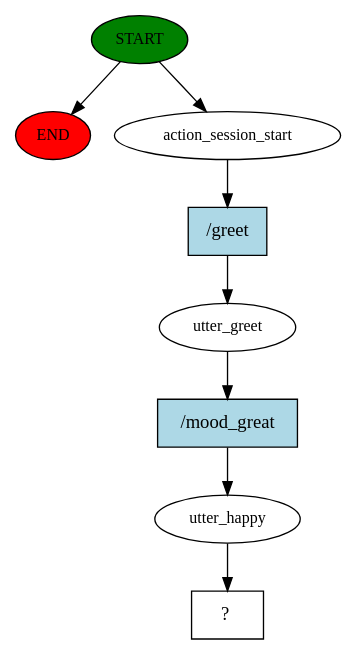
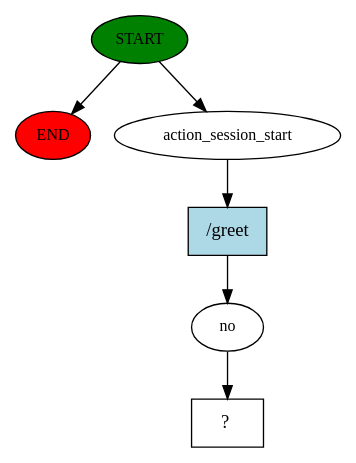
The diagram in hotel_bot/story_graph.dot (kwameseth/chatbot-hotel), drawn with Graphviz before and after one commit. The commit also changed 105 other files, not shown here.

```diff
--- a/hotel_bot/story_graph.dot
+++ b/hotel_bot/story_graph.dot
@@ -1,17 +1,13 @@
 digraph  {
 0 [class="start active", fillcolor=green, fontsize=12, label=START, style=filled];
 "-1" [class=end, fillcolor=red, fontsize=12, label=END, style=filled];
 1 [class=active, fontsize=12, label=action_session_start];
-2 [class=active, fontsize=12, label=utter_greet];
-3 [class=active, fontsize=12, label=utter_happy];
-4 [class="intent dashed active", label="  ?  ", shape=rect];
-5 [class="intent active", fillcolor=lightblue, label="/greet", shape=rect, style=filled];
-6 [class="intent active", fillcolor=lightblue, label="/mood_great", shape=rect, style=filled];
+2 [class=active, fontsize=12, label=no];
+3 [class="intent dashed active", label="  ?  ", shape=rect];
+4 [class="intent active", fillcolor=lightblue, label="/greet", shape=rect, style=filled];
 0 -> "-1"  [class="", key=NONE, label=""];
 0 -> 1  [class=active, key=NONE, label=""];
-1 -> 5  [class=active, key=0];
-2 -> 6  [class=active, key=0];
-3 -> 4  [class=active, key=NONE, label=""];
-5 -> 2  [class=active, key=0];
-6 -> 3  [class=active, key=0];
+1 -> 4  [class=active, key=0];
+2 -> 3  [class=active, key=NONE, label=""];
+4 -> 2  [class=active, key=0];
 }
```
